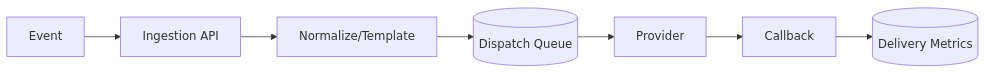
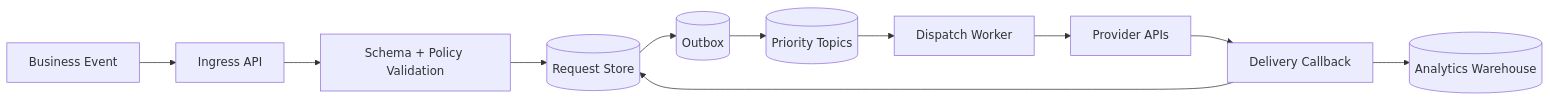
The diagram in Messaging and Notification Platform/high-level-design/data-flow-diagrams.md (0Ankit0/Project-Ideas), drawn with Mermaid before and after one commit. The commit also changed other lines of this file and 37 other files, not shown here.

Commit message:
Make messaging docs implementation-ready with detailed diagrams and runbooks

````diff
--- a/Messaging and Notification Platform/high-level-design/data-flow-diagrams.md
+++ b/Messaging and Notification Platform/high-level-design/data-flow-diagrams.md
@@ -3,5 +10,13 @@
 ```mermaid
 flowchart LR
-  Event --> Ingest[Ingestion API] --> Normalize[Normalize/Template] --> Dispatch[(Dispatch Queue)] --> Provider
-  Provider --> Callback --> Metrics[(Delivery Metrics)]
+  Evt[Business Event] --> Ingest[Ingress API]
+  Ingest --> Validate[Schema + Policy Validation]
+  Validate --> Store[(Request Store)]
+  Store --> Outbox[(Outbox)]
+  Outbox --> Topic[(Priority Topics)]
+  Topic --> Worker[Dispatch Worker]
+  Worker --> Prov[Provider APIs]
+  Prov --> Status[Delivery Callback]
+  Status --> Store
+  Status --> Warehouse[(Analytics Warehouse)]
 ```
````
